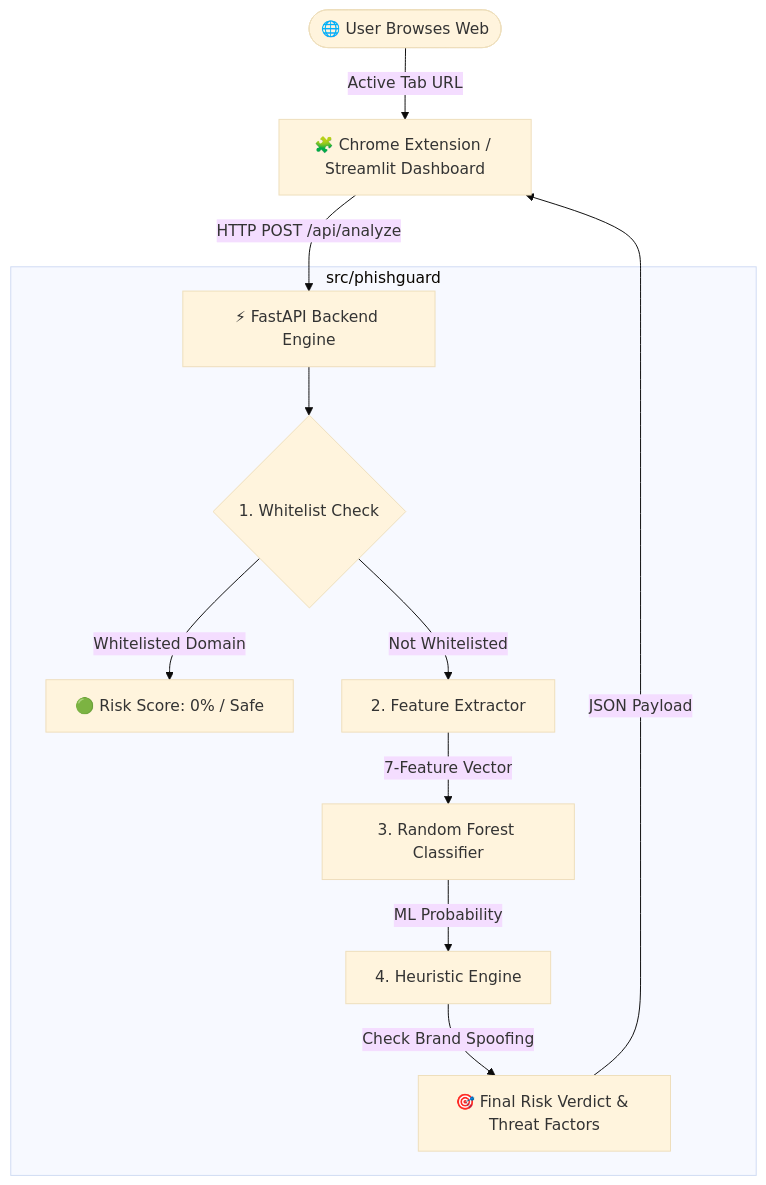
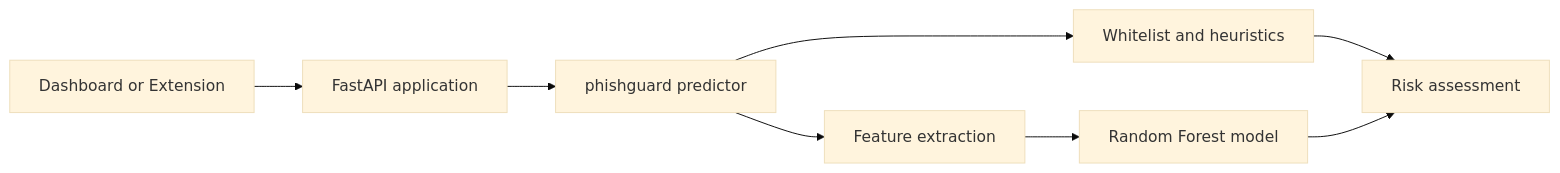
One commit to Nithin-dot-k/PhishGuard-ML changed the diagram in README.md. Above: the diagram before and after it, drawn with Mermaid (base theme). The commit also changed other lines of this file and 4 other files, not shown here.

````diff
--- a/README.md
+++ b/README.md
@@ -17,18 +20,10 @@
 ```mermaid
-graph TD
-    User([🌐 User Browses Web]) -->|Active Tab URL| Ext[🧩 Chrome Extension / Streamlit Dashboard]
-    Ext -->|HTTP POST /api/analyze| API[⚡ FastAPI Backend Engine]
-
-    subgraph Core Engine [src/phishguard]
-        API --> WL{1. Whitelist Check}
-        WL -->|Whitelisted Domain| Safe[🟢 Risk Score: 0% / Safe]
-
-        WL -->|Not Whitelisted| FE[2. Feature Extractor]
-        FE -->|7-Feature Vector| RF[3. Random Forest Classifier]
-
-        RF -->|ML Probability| HE[4. Heuristic Engine]
-        HE -->|Check Brand Spoofing| Result[🎯 Final Risk Verdict & Threat Factors]
-    end
-
-    Result -->|JSON Payload| Ext
+flowchart LR
+    Client[Dashboard or Extension] --> API[FastAPI application]
+    API --> Engine[phishguard predictor]
+    Engine --> Rules[Whitelist and heuristics]
+    Engine --> Features[Feature extraction]
+    Features --> Model[Random Forest model]
+    Rules --> Result[Risk assessment]
+    Model --> Result
 ```
````
